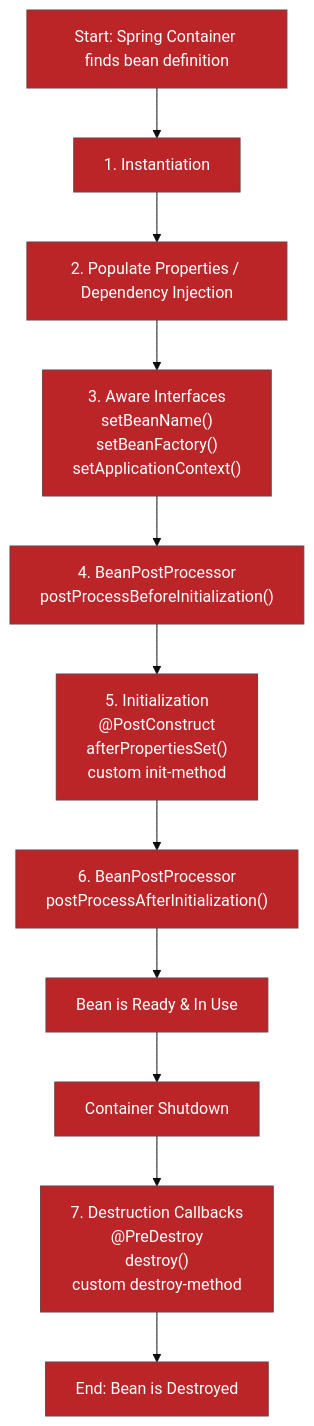
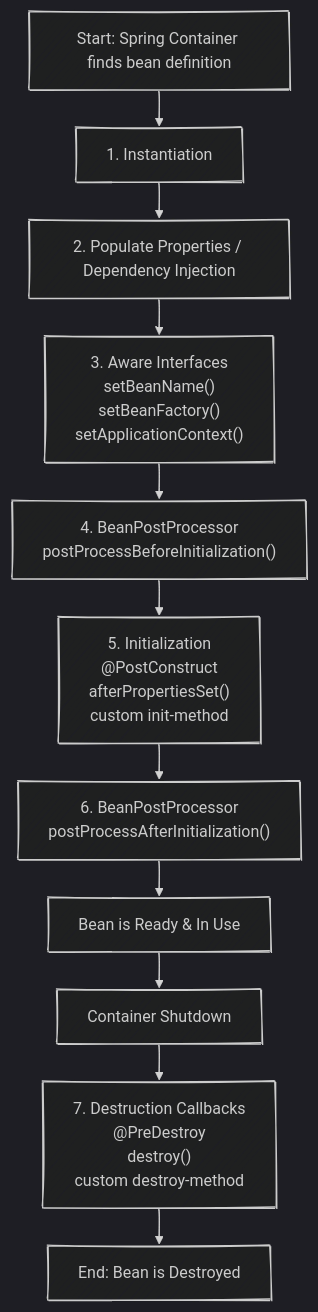
One commit to Ashjha75/MyDocs changed the first of 2 diagrams in src/content/docs/springboot/projectdocs/springboot-starter.md. Above: the diagram before and after it, drawn with Mermaid. The commit also changed other lines of this file and 3 other files, not shown here.

Commit message:
Refactor: Update mermaid diagrams in core2.md, core3.md, and springboot-starter.md for consistency and improved styling; add newline in global.css

````diff
--- a/src/content/docs/springboot/projectdocs/springboot-starter.md
+++ b/src/content/docs/springboot/projectdocs/springboot-starter.md
@@ -13,21 +14,19 @@
 ```mermaid
 ---
 config:
-  theme: 'base'
-  themeVariables:
-    primaryColor: '#BB2528'
-    primaryTextColor: '#fff'
-    fontFamily: 'monospace'
+  look: handDrawn
+  theme: dark
+  layout: elk
 ---
 graph TD
     A["Start: Spring Container finds bean definition"] --> B["1. Instantiation"]
     B --> C["2. Populate Properties / Dependency Injection"]
     C --> D["3. Aware Interfaces\nsetBeanName()\nsetBeanFactory()\nsetApplicationContext()"]
     D --> E["4. BeanPostProcessor\npostProcessBeforeInitialization()"]
     E --> F["5. Initialization\n@PostConstruct\nafterPropertiesSet()\ncustom init-method"]
     F --> G["6. BeanPostProcessor\npostProcessAfterInitialization()"]
     G --> H["Bean is Ready & In Use"]
     H --> I["Container Shutdown"]
     I --> J["7. Destruction Callbacks\n@PreDestroy\ndestroy()\ncustom destroy-method"]
     J --> K["End: Bean is Destroyed"]
 ```
````
